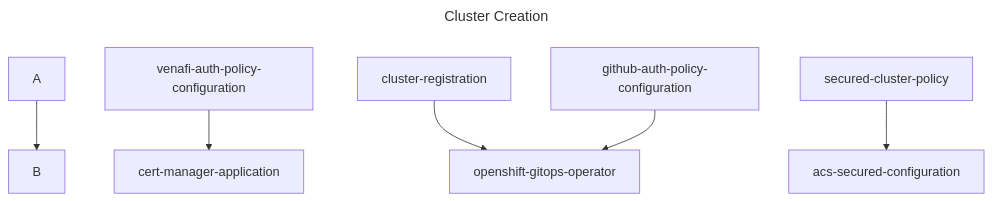
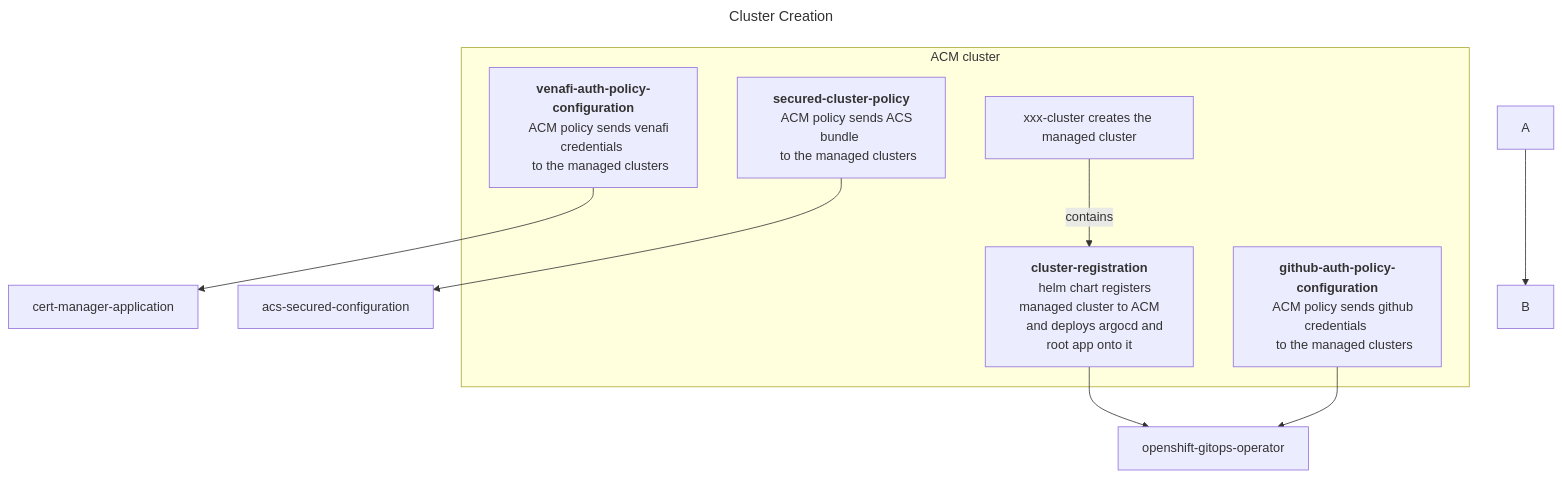
The diagram in test-mermaid/test-mermaid.build.md (mmwillingham/acm), drawn with Mermaid before and after one commit. The commit also changed other lines of this file, not shown here.

````diff
--- a/test-mermaid/test-mermaid.build.md
+++ b/test-mermaid/test-mermaid.build.md
@@ -2,11 +2,25 @@
 ```mermaid
 ---
 title: Cluster Creation
 ---
 flowchart TD
 A --> B
 venafi-auth-policy-configuration --> cert-manager-application
 cluster-registration --> openshift-gitops-operator
 github-auth-policy-configuration --> openshift-gitops-operator
 secured-cluster-policy --> acs-secured-configuration
+  subgraph ACM cluster
+    xxx-cluster["xxx-cluster creates the managed cluster"] -- contains --> cluster-registration["<b>cluster-registration</b>
+    helm chart registers managed cluster to ACM
+    and deploys argocd and root app onto it"]
+    venafi-auth-policy-configuration["<b>venafi-auth-policy-configuration</b>
+    ACM policy sends venafi credentials 
+    to the managed clusters"]
+    github-auth-policy-configuration["<b>github-auth-policy-configuration</b>
+    ACM policy sends github credentials 
+    to the managed clusters"]
+    secured-cluster-policy["<b>secured-cluster-policy</b>
+    ACM policy sends ACS bundle 
+    to the managed clusters"]
+  end
 ```
````
